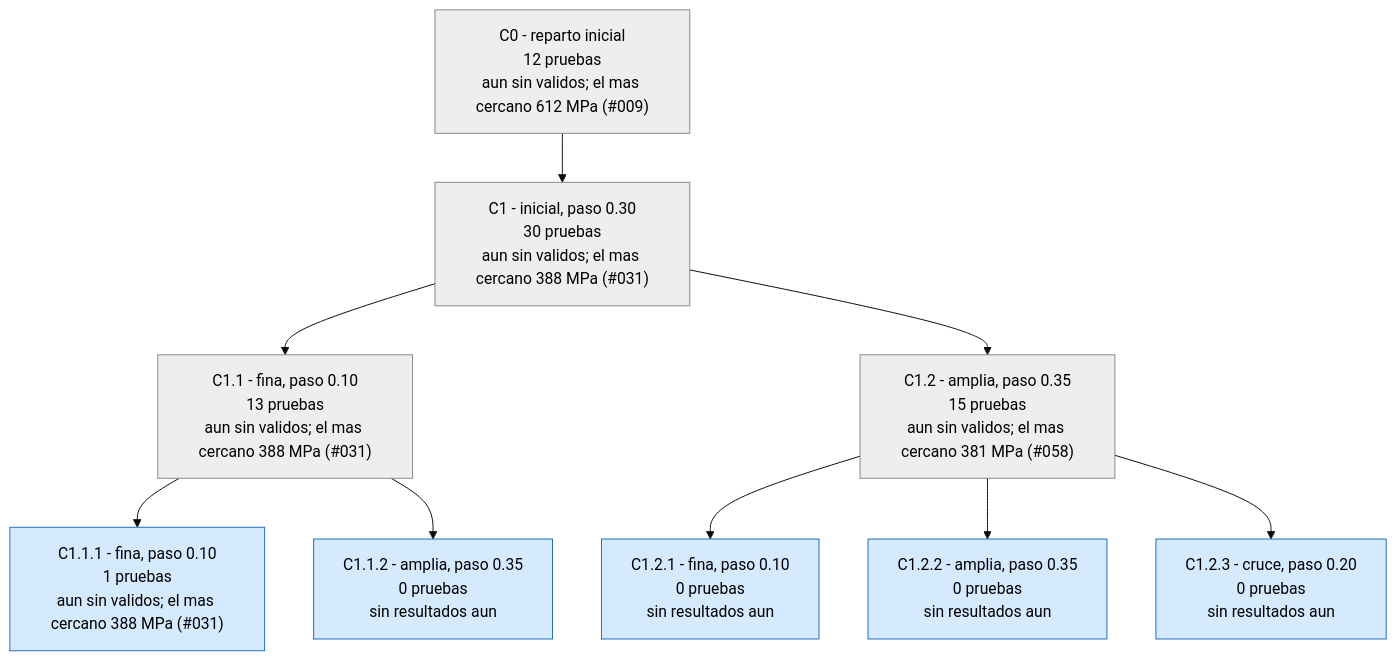
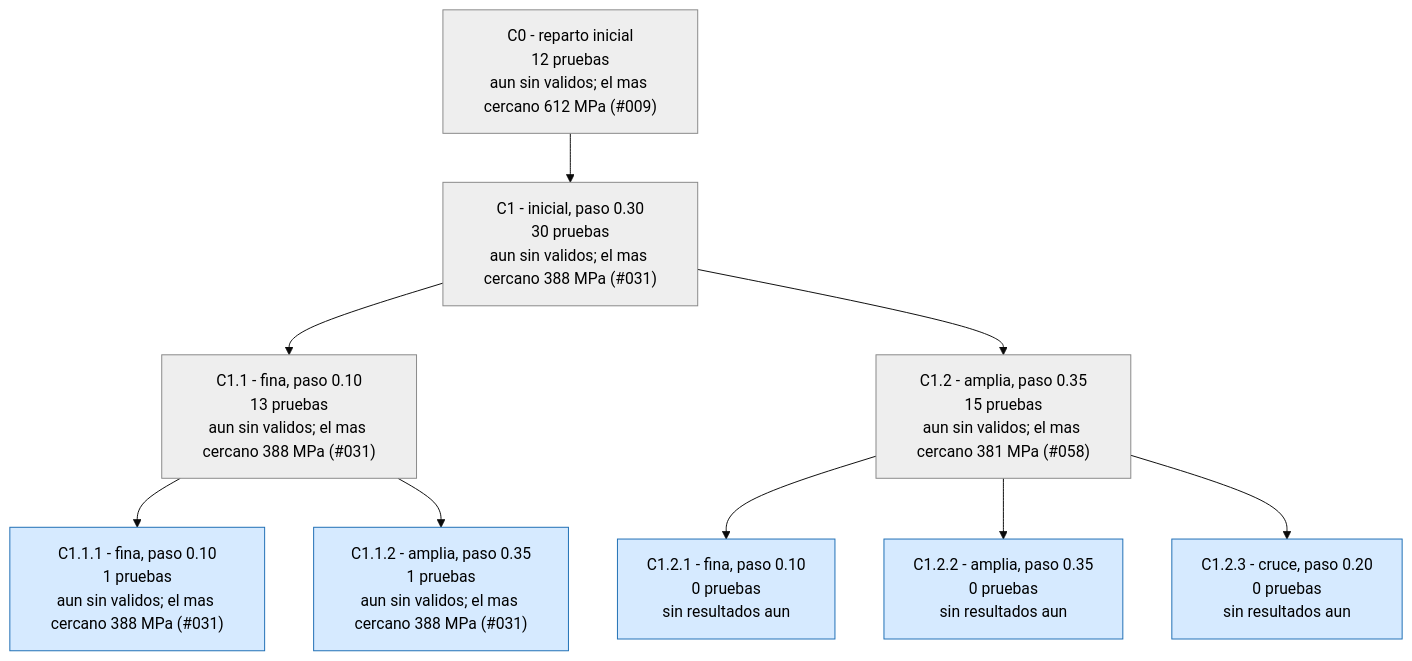
One commit to Hugiko/msd-soporte-optimizacion changed the second of 3 diagrams in runs/opt_37800N/ARBOL.md. Above: the diagram before and after it, drawn with Mermaid (base theme). The commit also changed 21 other files, not shown here.

````diff
--- a/runs/opt_37800N/ARBOL.md
+++ b/runs/opt_37800N/ARBOL.md
@@ -51,23 +51,23 @@
 ```mermaid
 graph TD
 classDef activa fill:#d6eaff,stroke:#1f6fb5,color:#000
 classDef fin fill:#eeeeee,stroke:#888,color:#000
 classDef mejor fill:#c8f0c0,stroke:#1a9850,stroke-width:4px,color:#000
 C0["C0 - reparto inicial<br/>12 pruebas<br/>aun sin validos; el mas cercano 612 MPa (#009)"]:::fin
 C1["C1 - inicial, paso 0.30<br/>30 pruebas<br/>aun sin validos; el mas cercano 388 MPa (#031)"]:::fin
 C0 --> C1
 C1_1["C1.1 - fina, paso 0.10<br/>13 pruebas<br/>aun sin validos; el mas cercano 388 MPa (#031)"]:::fin
 C1 --> C1_1
 C1_2["C1.2 - amplia, paso 0.35<br/>15 pruebas<br/>aun sin validos; el mas cercano 381 MPa (#058)"]:::fin
 C1 --> C1_2
 C1_1_1["C1.1.1 - fina, paso 0.10<br/>1 pruebas<br/>aun sin validos; el mas cercano 388 MPa (#031)"]:::activa
 C1_1 --> C1_1_1
-C1_1_2["C1.1.2 - amplia, paso 0.35<br/>0 pruebas<br/>sin resultados aun"]:::activa
+C1_1_2["C1.1.2 - amplia, paso 0.35<br/>1 pruebas<br/>aun sin validos; el mas cercano 388 MPa (#031)"]:::activa
 C1_1 --> C1_1_2
 C1_2_1["C1.2.1 - fina, paso 0.10<br/>0 pruebas<br/>sin resultados aun"]:::activa
 C1_2 --> C1_2_1
 C1_2_2["C1.2.2 - amplia, paso 0.35<br/>0 pruebas<br/>sin resultados aun"]:::activa
 C1_2 --> C1_2_2
 C1_2_3["C1.2.3 - cruce, paso 0.20<br/>0 pruebas<br/>sin resultados aun"]:::activa
 C1_2 --> C1_2_3
 ```
````
